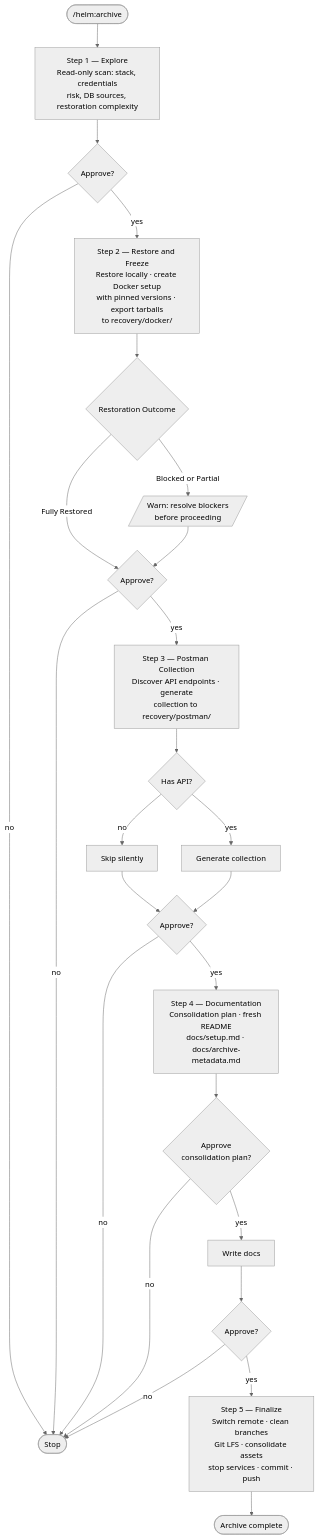
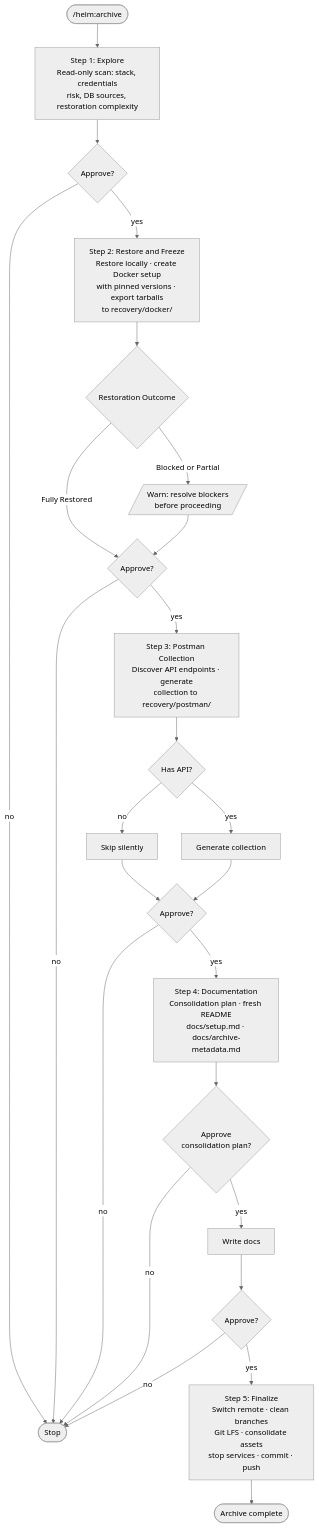
One commit to myowinthein/agent-helm changed the diagram in docs/commands/archive.md. Above: the diagram before and after it, drawn with Mermaid (neutral theme). The commit also changed other lines of this file and 19 other files, not shown here.

````diff
--- a/docs/commands/archive.md
+++ b/docs/commands/archive.md
@@ -20,37 +20,37 @@
 ```mermaid
 flowchart TD
   Start(["/helm:archive"]) --> S1
 
-  S1["Step 1 — Explore\nRead-only scan: stack, credentials\nrisk, DB sources, restoration complexity"]
+  S1["Step 1: Explore\nRead-only scan: stack, credentials\nrisk, DB sources, restoration complexity"]
   S1 --> A1{Approve?}
   A1 -->|no| Exit([Stop])
   A1 -->|yes| S2
 
-  S2["Step 2 — Restore and Freeze\nRestore locally · create Docker setup\nwith pinned versions · export tarballs\nto recovery/docker/"]
+  S2["Step 2: Restore and Freeze\nRestore locally · create Docker setup\nwith pinned versions · export tarballs\nto recovery/docker/"]
   S2 --> Outcome{Restoration Outcome}
   Outcome -->|Fully Restored| A2{Approve?}
   Outcome -->|Blocked or Partial| Warn[/"Warn: resolve blockers\nbefore proceeding"/]
   Warn --> A2
   A2 -->|no| Exit
   A2 -->|yes| S3
 
-  S3["Step 3 — Postman Collection\nDiscover API endpoints · generate\ncollection to recovery/postman/"]
+  S3["Step 3: Postman Collection\nDiscover API endpoints · generate\ncollection to recovery/postman/"]
   S3 --> HasAPI{Has API?}
   HasAPI -->|no| SkipS3[Skip silently]
   HasAPI -->|yes| GenPost[Generate collection]
   SkipS3 --> A3{Approve?}
   GenPost --> A3
   A3 -->|no| Exit
   A3 -->|yes| S4
 
-  S4["Step 4 — Documentation\nConsolidation plan · fresh README\ndocs/setup.md · docs/archive-metadata.md"]
+  S4["Step 4: Documentation\nConsolidation plan · fresh README\ndocs/setup.md · docs/archive-metadata.md"]
   S4 --> Plan{Approve\nconsolidation plan?}
   Plan -->|no| Exit
   Plan -->|yes| WriteDocs[Write docs]
   WriteDocs --> A4{Approve?}
   A4 -->|no| Exit
   A4 -->|yes| S5
 
-  S5["Step 5 — Finalize\nSwitch remote · clean branches\nGit LFS · consolidate assets\nstop services · commit · push"]
+  S5["Step 5: Finalize\nSwitch remote · clean branches\nGit LFS · consolidate assets\nstop services · commit · push"]
   S5 --> Done(["Archive complete"])
 ```
````
